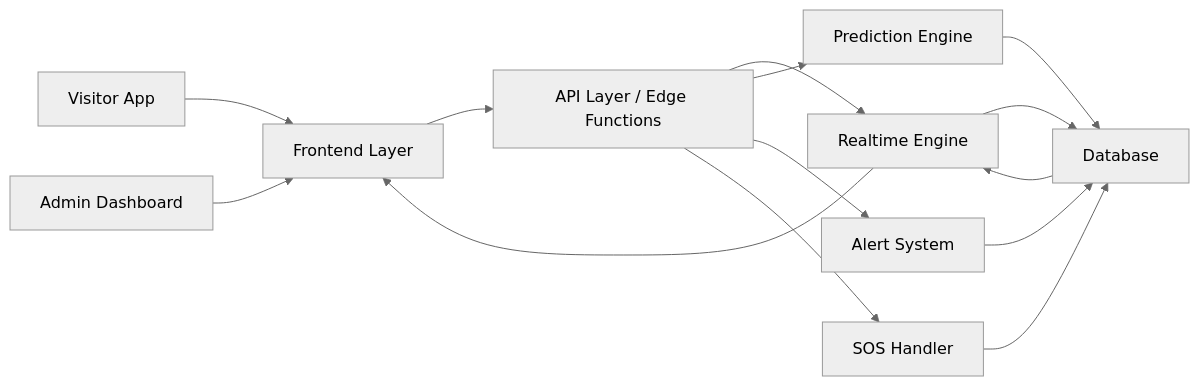
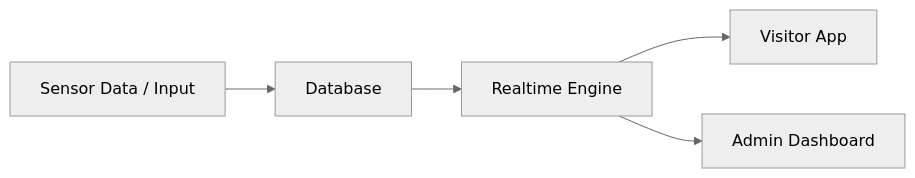
Before and after one commit to vanshrajputcodes/Flowsense: the first of 13 diagrams in README.md, drawn with Mermaid (neutral theme). The commit also changed other lines of this file, not shown here.

````diff
--- a/README.md
+++ b/README.md
@@ -7,20 +44,7 @@
 ```mermaid
 flowchart LR
-    A[Visitor App] --> B[Frontend Layer]
-    C[Admin Dashboard] --> B
-
-    B --> D[API Layer / Edge Functions]
-
-    D --> E[Realtime Engine]
-    D --> F[Prediction Engine]
-    D --> G[Alert System]
-    D --> H[SOS Handler]
-
-    E --> I[Database]
-    F --> I
-    G --> I
-    H --> I
-
-    I --> E
-    E --> B
+    A[Sensor Data / Input] --> B[Database]
+    B --> C[Realtime Engine]
+    C --> D[Visitor App]
+    C --> E[Admin Dashboard]
 ```
````
